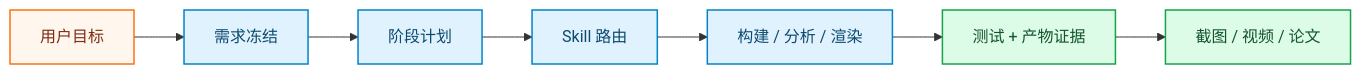
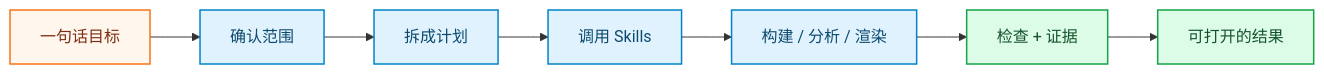
One commit to OhiraShusei/Vibe-Skills changed the second of 2 diagrams in README.zh.md. Above: the diagram before and after it, drawn with Mermaid. The commit also changed other lines of this file and 1 other file, not shown here.

Commit message:
Polish README practice demos copy

````diff
--- a/README.zh.md
+++ b/README.zh.md
@@ -206,23 +206,23 @@
 ```mermaid
 flowchart LR
-    accTitle: VibeSkills Practice Demo Flow
-    accDescr: User goal moves through requirement freeze, staged planning, skill routing, execution, verification, and visible artifact delivery.
+    accTitle: VibeSkills 实践演示流程
+    accDescr: 一个用户目标经过范围确认、计划拆分、Skill 调用、执行检查，最后交付可打开的结果。
 
-    goal["用户目标"]
-    freeze["需求冻结"]
-    plan["阶段计划"]
-    route["Skill 路由"]
+    goal["一句话目标"]
+    freeze["确认范围"]
+    plan["拆成计划"]
+    route["调用 Skills"]
     work["构建 / 分析 / 渲染"]
-    proof["测试 + 产物证据"]
-    show["截图 / 视频 / 论文"]
+    proof["检查 + 证据"]
+    show["可打开的结果"]
 
     goal --> freeze --> plan --> route --> work --> proof --> show
 
     classDef goal fill:#fff7ed,stroke:#f97316,stroke-width:1.5px,color:#7c2d12
     classDef flow fill:#e0f2fe,stroke:#0284c7,stroke-width:1.5px,color:#0c4a6e
     classDef proof fill:#dcfce7,stroke:#16a34a,stroke-width:1.5px,color:#14532d
 
     class goal goal
     class freeze,plan,route,work flow
     class proof,show proof
 ```
````
